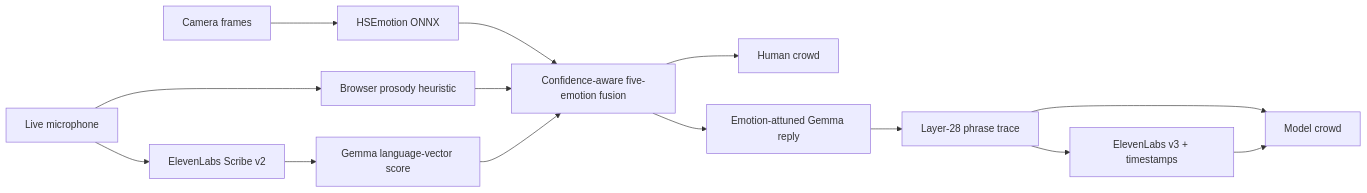
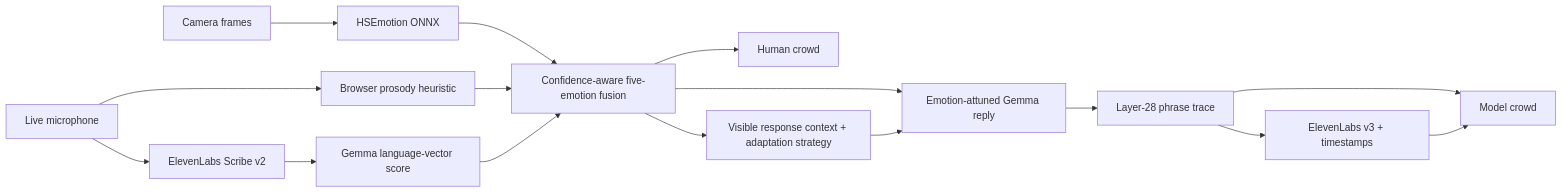
Before and after one commit to dc-121/null-hackathon: the diagram in README.md, drawn with Mermaid. The commit also changed other lines of this file and 8 other files, not shown here.

````diff
--- a/README.md
+++ b/README.md
@@ -15,16 +15,18 @@
 ```mermaid
 flowchart LR
     Camera["Camera frames"] --> Face["HSEmotion ONNX"]
     Mic["Live microphone"] --> Prosody["Browser prosody heuristic"]
     Mic --> Scribe["ElevenLabs Scribe v2"]
     Scribe --> Words["Gemma language-vector score"]
     Face --> Fusion["Confidence-aware five-emotion fusion"]
     Prosody --> Fusion
     Words --> Fusion
     Fusion --> HumanCrowd["Human crowd"]
+    Fusion --> Context["Visible response context + adaptation strategy"]
     Fusion --> Reply["Emotion-attuned Gemma reply"]
+    Context --> Reply
     Reply --> Trace["Layer-28 phrase trace"]
     Trace --> ModelCrowd["Model crowd"]
     Trace --> Voice["ElevenLabs v3 + timestamps"]
     Voice --> ModelCrowd
 ```
````
